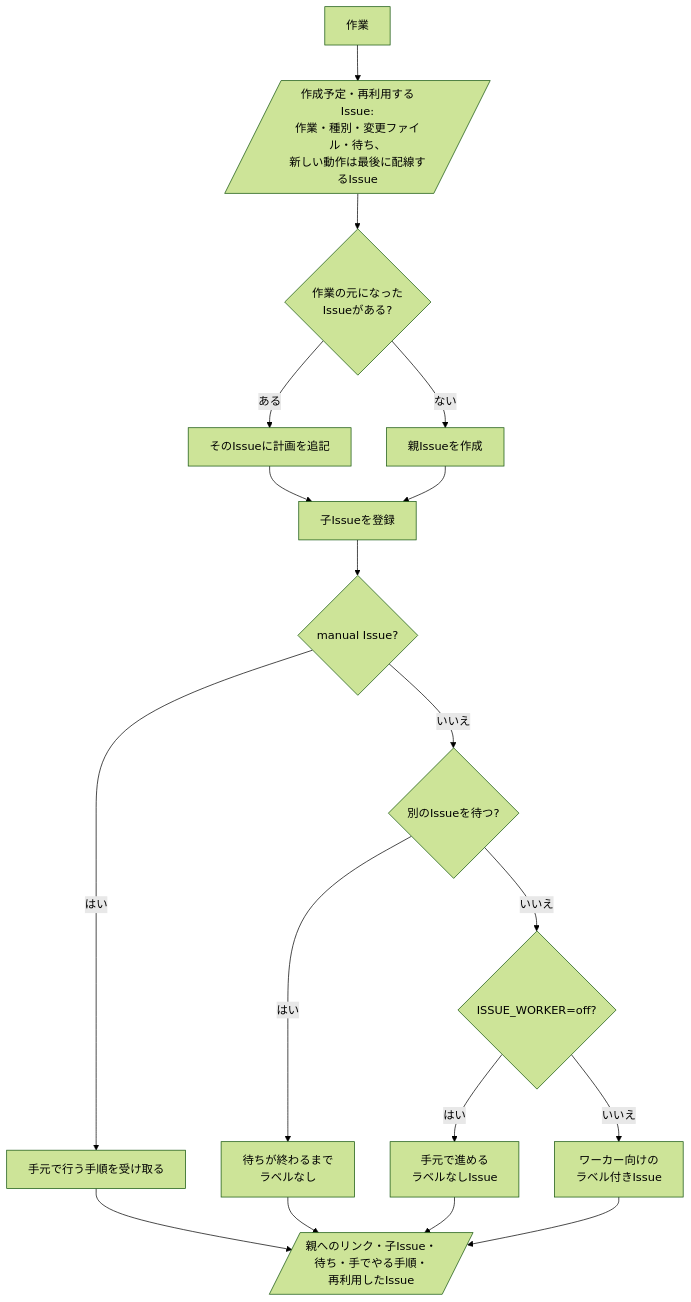
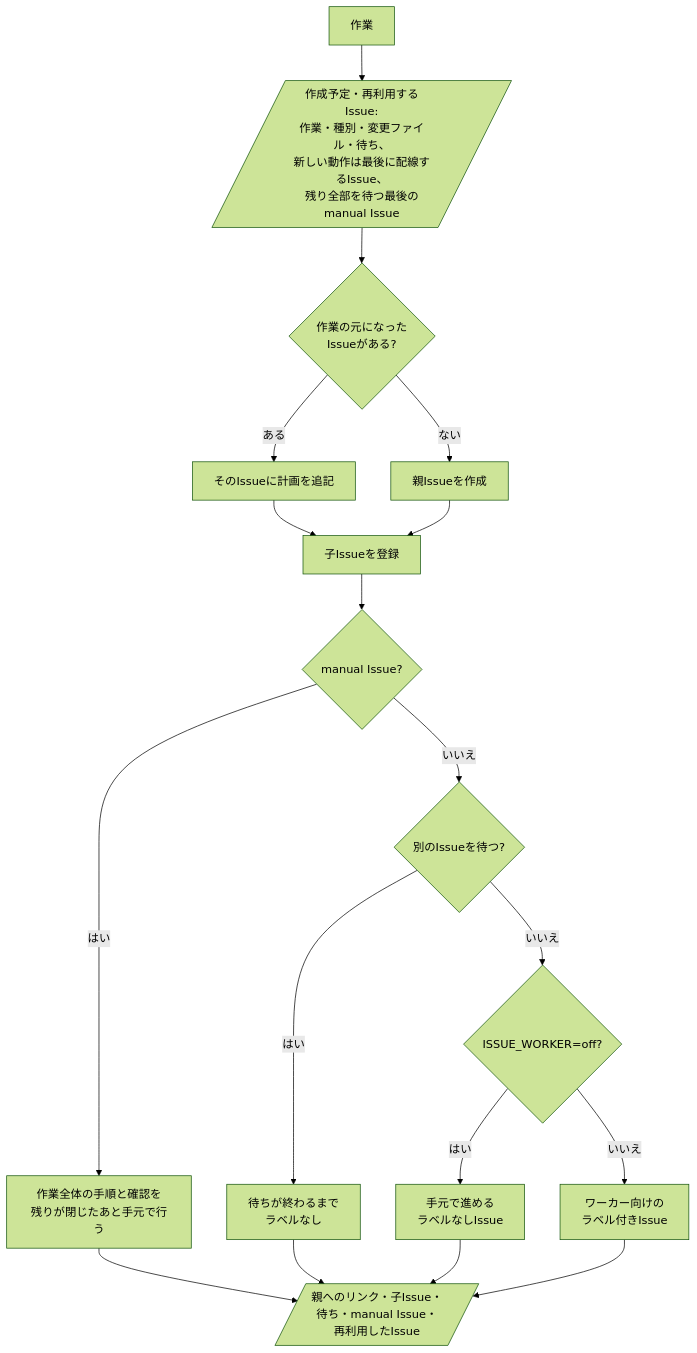
The diagram in shared/skills/delegate/README.ja.md (omni-stove/skill-kit), drawn with Mermaid (forest theme) before and after one commit. The commit also changed 7 other files, not shown here.

````diff
--- a/shared/skills/delegate/README.ja.md
+++ b/shared/skills/delegate/README.ja.md
@@ -3,20 +3,20 @@
 ```mermaid
 flowchart TD
-  task[作業] --> preview[/作成予定・再利用するIssue:<br/>作業・種別・変更ファイル・待ち、<br/>新しい動作は最後に配線するIssue/]
+  task[作業] --> preview[/作成予定・再利用するIssue:<br/>作業・種別・変更ファイル・待ち、<br/>新しい動作は最後に配線するIssue、<br/>残り全部を待つ最後のmanual Issue/]
   preview --> origin{作業の元になった<br/>Issueがある?}
   origin -- "ある" --> existing[そのIssueに計画を追記]
   origin -- "ない" --> parent[親Issueを作成]
   existing --> issues[子Issueを登録]
   parent --> issues
   issues --> kind{manual Issue?}
-  kind -- "はい" --> manual[手元で行う手順を受け取る]
+  kind -- "はい" --> manual[作業全体の手順と確認を<br/>残りが閉じたあと手元で行う]
   kind -- "いいえ" --> wait{別のIssueを待つ?}
   wait -- "はい" --> later[待ちが終わるまで<br/>ラベルなし]
   wait -- "いいえ" --> worker{ISSUE_WORKER=off?}
   worker -- "はい" --> local[手元で進める<br/>ラベルなしIssue]
   worker -- "いいえ" --> now[ワーカー向けの<br/>ラベル付きIssue]
-  manual --> report[/親へのリンク・子Issue・<br/>待ち・手でやる手順・<br/>再利用したIssue/]
+  manual --> report[/親へのリンク・子Issue・<br/>待ち・manual Issue・<br/>再利用したIssue/]
   later --> report
   local --> report
   now --> report
 ```
````
